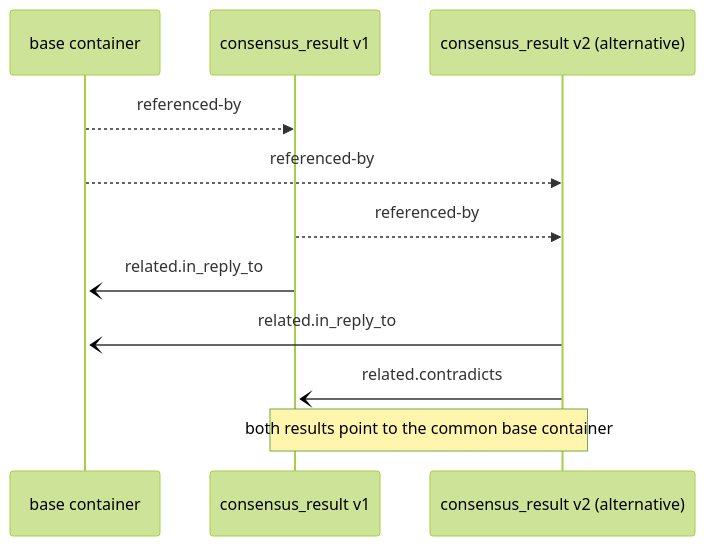
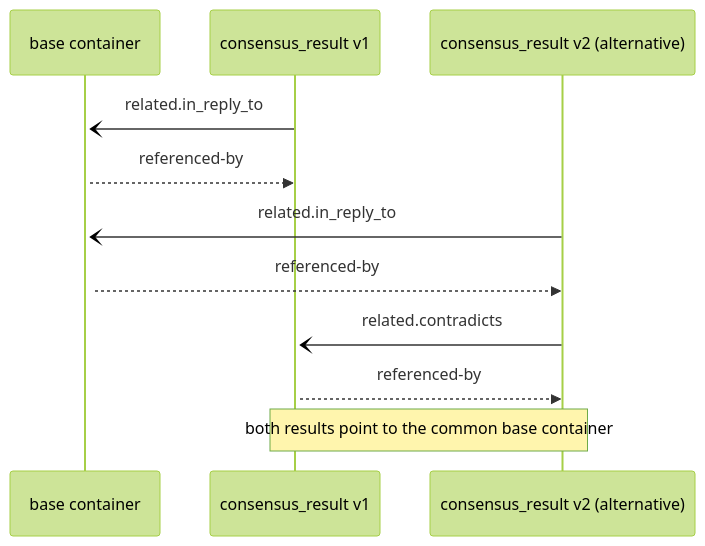
One commit to kagvi13/HMP changed the diagram in docs/HMP-0005.md. Above: the diagram before and after it, drawn with Mermaid (forest theme).

Commit message:
Update sequence diagram references in HMP-0005

````diff
--- a/docs/HMP-0005.md
+++ b/docs/HMP-0005.md
@@ -1921,15 +1921,17 @@
 ```mermaid
 sequenceDiagram
     participant A as base container
     participant B as consensus_result v1
     participant C as consensus_result v2 (alternative)
 
+    B-)+A: related.in_reply_to
     A-->>B: referenced-by
+
+    C-)+A: related.in_reply_to
     A-->>C: referenced-by
+
+    C-)+B: related.contradicts
     B-->>C: referenced-by
-    B-)+A: related.in_reply_to
-    C-)+A: related.in_reply_to
-    C-)+B: related.contradicts
 
     Note over B,C: both results point to the common base container
 ```
````
